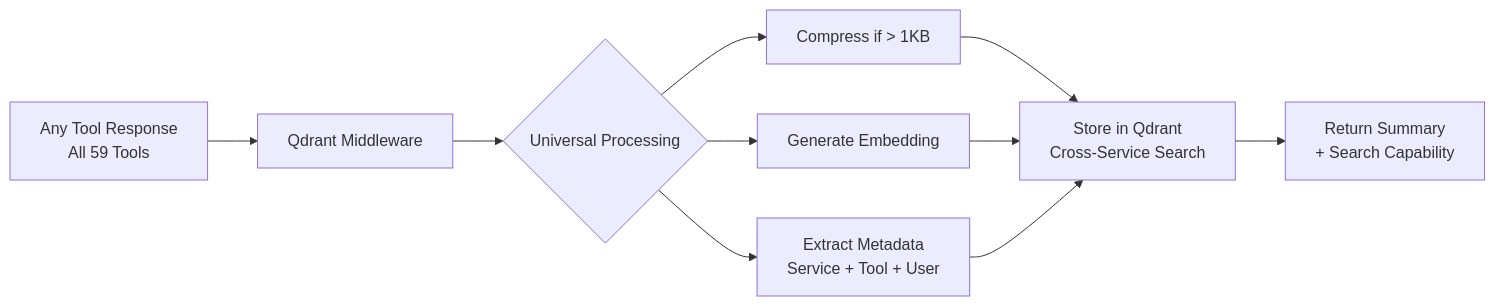
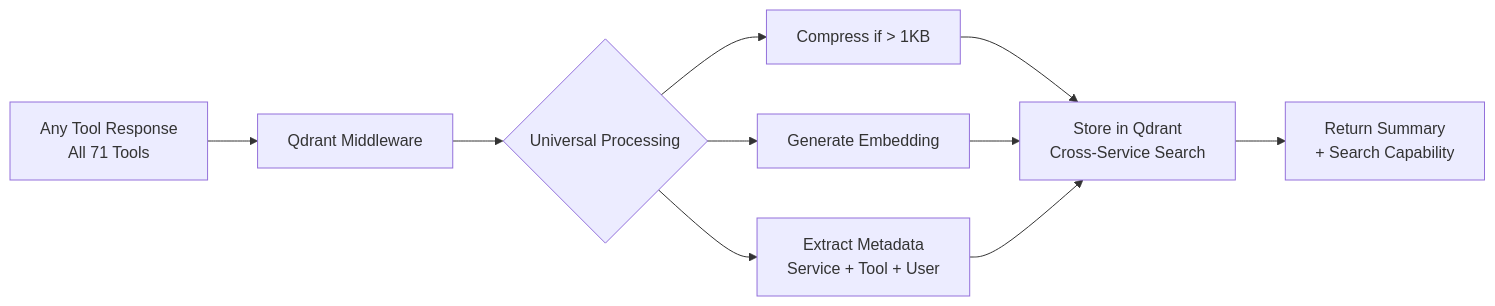
Before and after one commit to dipseth/google_workspace_fastmcp2: the fifth of 5 diagrams in README.md, drawn with Mermaid. The commit also changed other lines of this file and 21 other files, not shown here.

````diff
--- a/README.md
+++ b/README.md
@@ -565,12 +585,12 @@
 ```mermaid
 graph LR
-    A[Any Tool Response<br/>All 59 Tools] --> B[Qdrant Middleware]
+    A[Any Tool Response<br/>All 71 Tools] --> B[Qdrant Middleware]
     B --> C{Universal Processing}
     C --> D[Compress if > 1KB]
     C --> E[Generate Embedding]
     C --> F[Extract Metadata<br/>Service + Tool + User]
     D --> G[Store in Qdrant<br/>Cross-Service Search]
     E --> G
     F --> G
     G --> H[Return Summary<br/>+ Search Capability]
 ```
````
